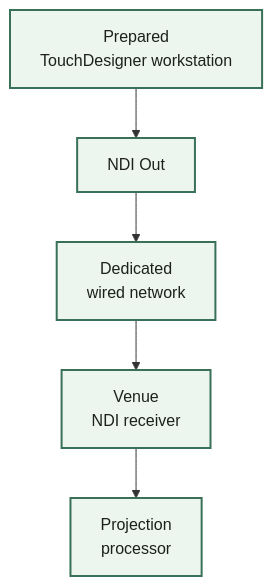
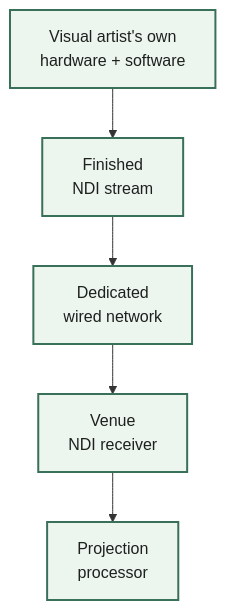
One commit to MesmerPrism/MesmerPrism.github.io changed the diagram in time/diagrams/visual-primary-mobile.mmd. Above: the diagram before and after it, drawn with Mermaid. The commit also changed 10 other files, not shown here.

Commit message:
Update visual delivery plan for external NDI

```diff
--- a/time/diagrams/visual-primary-mobile.mmd
+++ b/time/diagrams/visual-primary-mobile.mmd
@@ -1,8 +1,8 @@
 flowchart TB
-    TD["Prepared<br/>TouchDesigner workstation"] --> NDI["NDI Out"]
+    VIS["Visual artist's own<br/>hardware + software"] --> NDI["Finished<br/>NDI stream"]
     NDI --> NET["Dedicated<br/>wired network"]
     NET --> RX["Venue<br/>NDI receiver"]
     RX --> PROJ["Projection<br/>processor"]
 
     classDef primary fill:#edf5ef,stroke:#39705a,stroke-width:2px,color:#1d211e
-    class TD,NDI,NET,RX,PROJ primary
+    class VIS,NDI,NET,RX,PROJ primary
```
